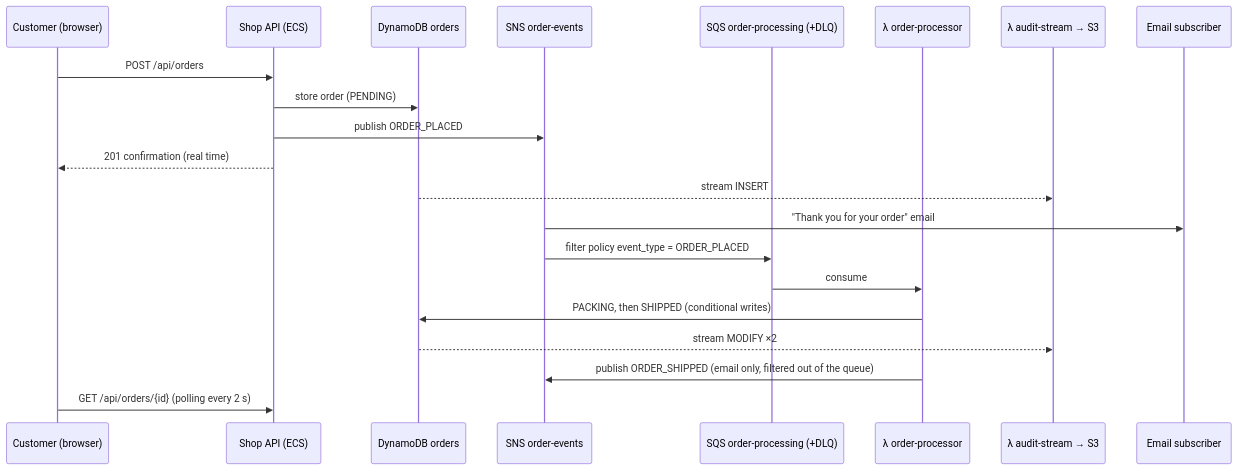
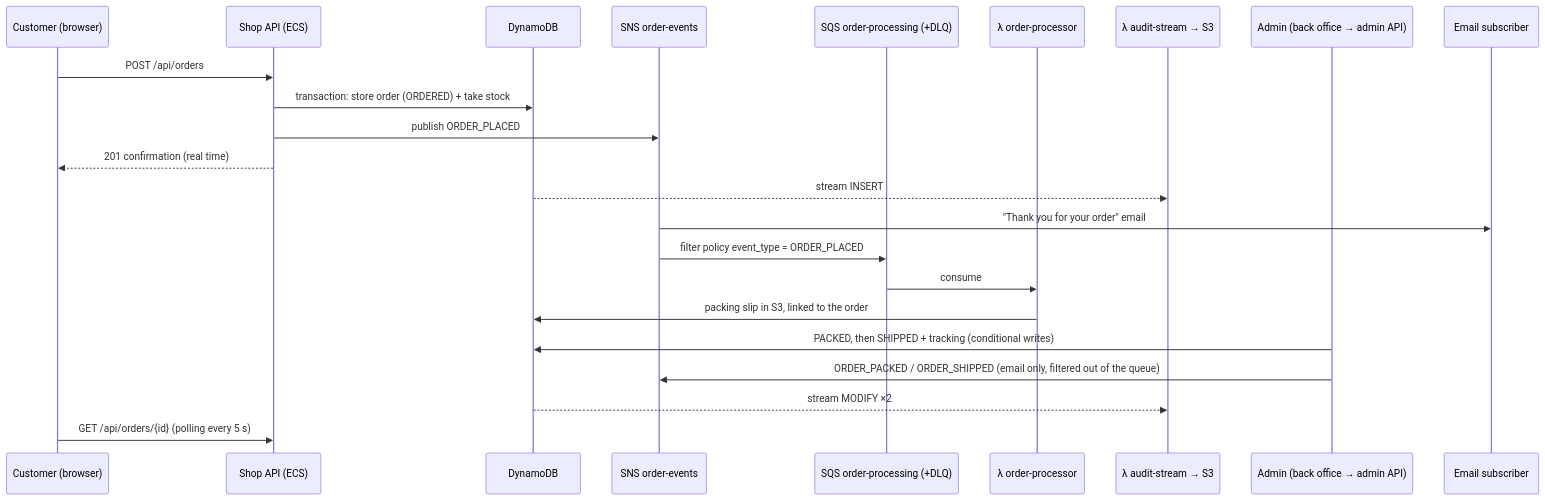
Before and after one commit to TrioGrenobleImt/AWS-victor-arnaud-cedric: the second of 2 diagrams in README.md, drawn with Mermaid. The commit also changed other lines of this file and 47 other files, not shown here.

First line of the commit message:
Add back office: admin API, Cognito sign-in and stock management

````diff
--- a/README.md
+++ b/README.md
@@ -81,24 +112,26 @@
 ```mermaid
 sequenceDiagram
     participant C as Customer (browser)
     participant API as Shop API (ECS)
-    participant DB as DynamoDB orders
+    participant DB as DynamoDB
     participant SNS as SNS order-events
     participant Q as SQS order-processing (+DLQ)
     participant W as λ order-processor
     participant A as λ audit-stream → S3
+    participant B as Admin (back office → admin API)
     participant M as Email subscriber
 
     C->>API: POST /api/orders
-    API->>DB: store order (PENDING)
+    API->>DB: transaction: store order (ORDERED) + take stock
     API->>SNS: publish ORDER_PLACED
     API-->>C: 201 confirmation (real time)
     DB-->>A: stream INSERT
     SNS->>M: "Thank you for your order" email
     SNS->>Q: filter policy event_type = ORDER_PLACED
     Q->>W: consume
-    W->>DB: PACKING, then SHIPPED (conditional writes)
+    W->>DB: packing slip in S3, linked to the order
+    B->>DB: PACKED, then SHIPPED + tracking (conditional writes)
+    B->>SNS: ORDER_PACKED / ORDER_SHIPPED (email only, filtered out of the queue)
     DB-->>A: stream MODIFY ×2
-    W->>SNS: publish ORDER_SHIPPED (email only, filtered out of the queue)
-    C->>API: GET /api/orders/{id} (polling every 2 s)
+    C->>API: GET /api/orders/{id} (polling every 5 s)
 ```
````
